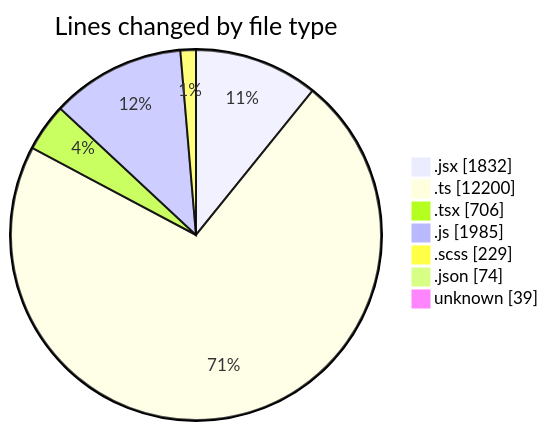
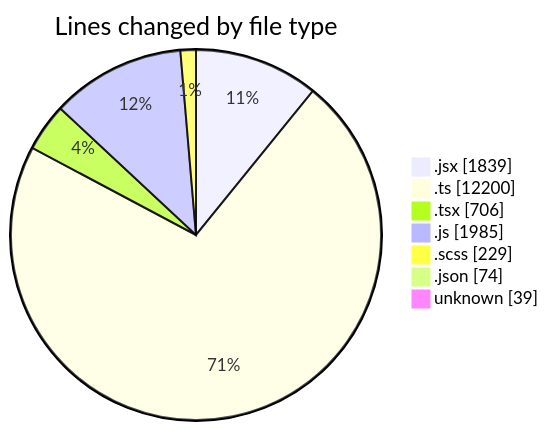
Before and after one commit to momahboobian/code-tracking: the first of 2 diagrams in 2025-06-05/cda/README.md, drawn with Mermaid. The commit also changed other lines of this file and 1 other file, not shown here.

````diff
--- a/2025-06-05/cda/README.md
+++ b/2025-06-05/cda/README.md
@@ -47,11 +47,11 @@
 ```mermaid
 pie showData
 title Lines changed by file type
-".jsx" : 1832
+".jsx" : 1839
 ".ts" : 12200
 ".tsx" : 706
 ".js" : 1985
 ".scss" : 229
 ".json" : 74
 "unknown" : 39
 ```
````
